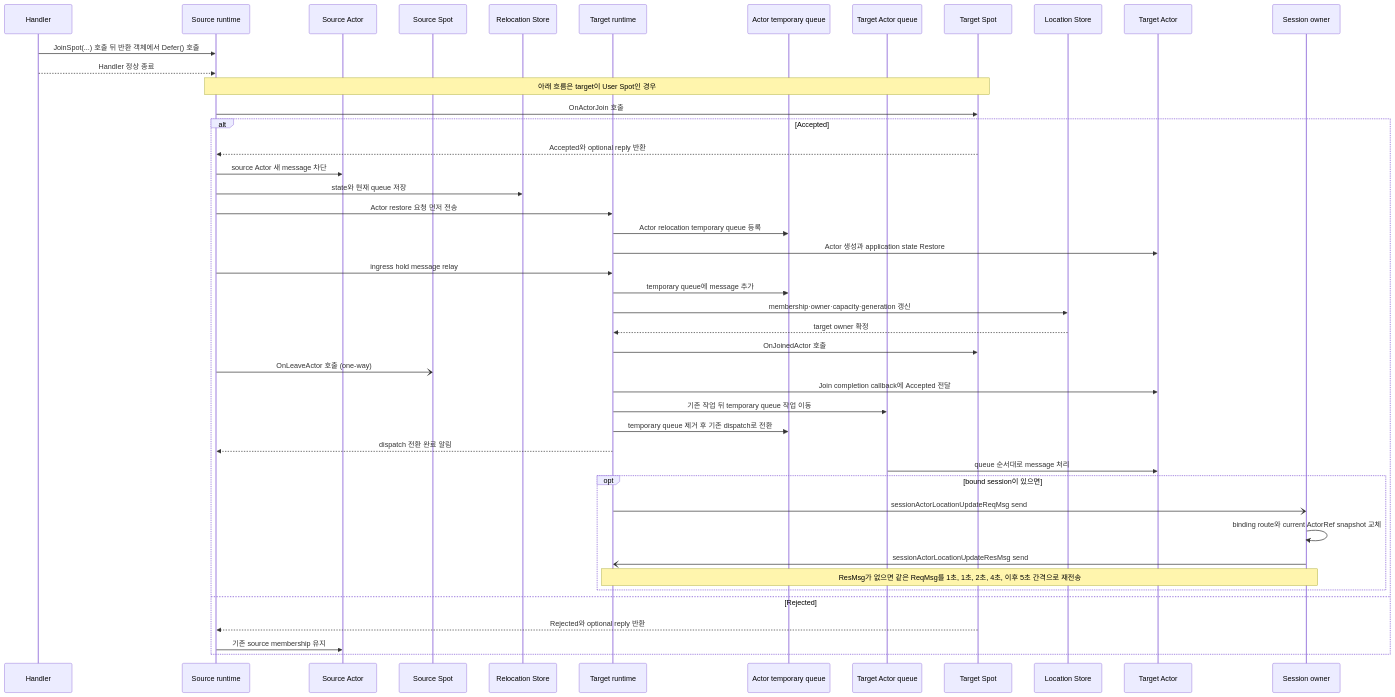
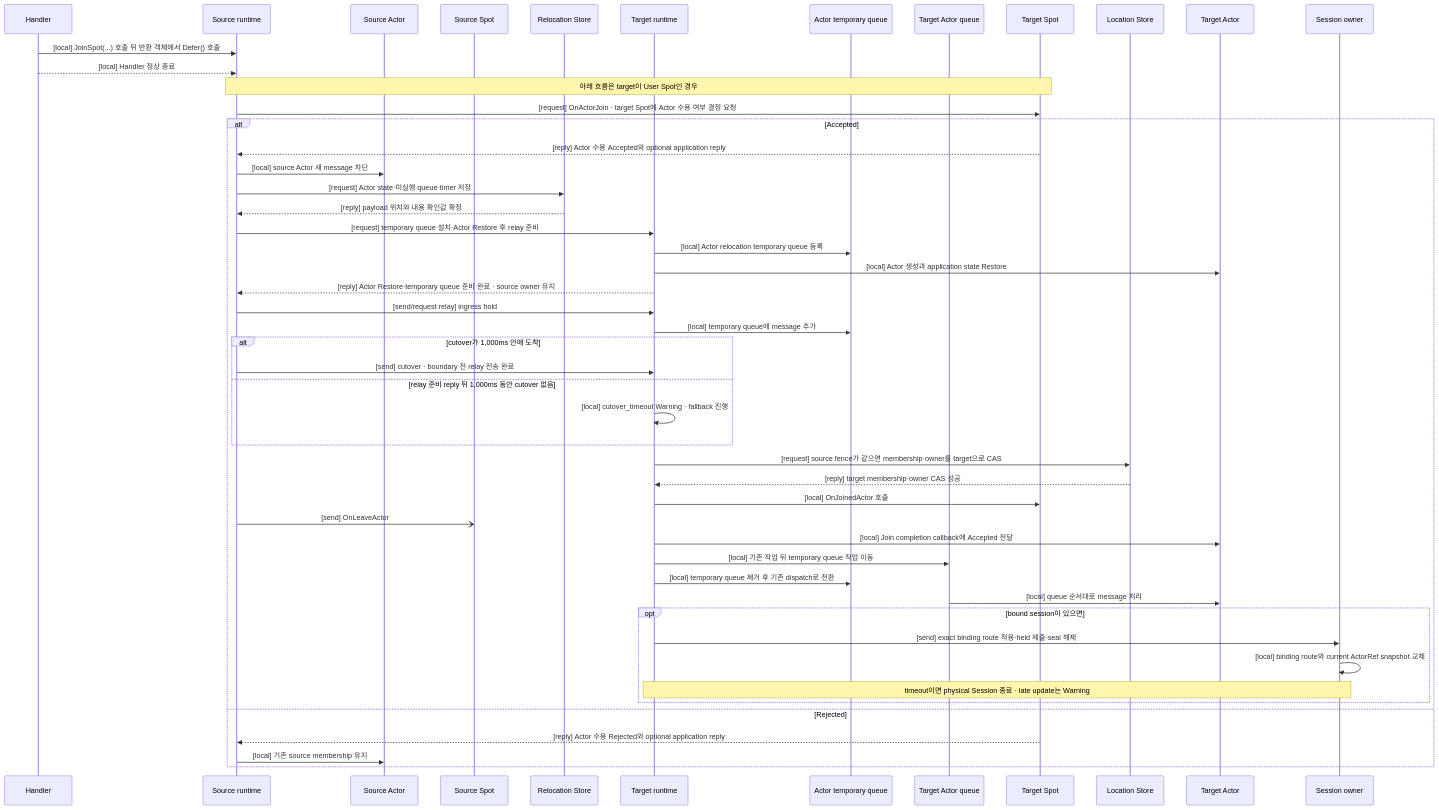
The second of 3 diagrams in framework/doc/framework/common/spec/15-spot-actor.ko.md (zlink-systems/zlink), drawn with Mermaid before and after one commit. The commit also changed other lines of this file and 1642 other files, not shown here.

Commit message:
Implement framework runtime convergence and relocation contracts

````diff
--- a/framework/doc/framework/common/spec/15-spot-actor.ko.md
+++ b/framework/doc/framework/common/spec/15-spot-actor.ko.md
@@ -463,48 +467,53 @@
 ```mermaid
 sequenceDiagram
     participant Handler
     participant SourceRuntime as Source runtime
     participant SourceActor as Source Actor
     participant SourceSpot as Source Spot
     participant RelocationStore as Relocation Store
     participant TargetRuntime as Target runtime
     participant TargetTemp as Actor temporary queue
     participant TargetQueue as Target Actor queue
     participant TargetSpot as Target Spot
     participant LocationStore as Location Store
     participant TargetActor as Target Actor
     participant SessionOwner as Session owner
 
-    Handler->>SourceRuntime: JoinSpot(...) 호출 뒤 반환 객체에서 Defer() 호출
-    Handler-->>SourceRuntime: Handler 정상 종료
+    Handler->>SourceRuntime: [local] JoinSpot(...) 호출 뒤 반환 객체에서 Defer() 호출
+    Handler-->>SourceRuntime: [local] Handler 정상 종료
     Note over SourceRuntime,TargetSpot: 아래 흐름은 target이 User Spot인 경우
-    SourceRuntime->>TargetSpot: OnActorJoin 호출
+    SourceRuntime->>TargetSpot: [request] OnActorJoin · target Spot에 Actor 수용 여부 결정 요청
     alt Accepted
-        TargetSpot-->>SourceRuntime: Accepted와 optional reply 반환
-        SourceRuntime->>SourceActor: source Actor 새 message 차단
-        SourceRuntime->>RelocationStore: state와 현재 queue 저장
-        SourceRuntime->>TargetRuntime: Actor restore 요청 먼저 전송
-        TargetRuntime->>TargetTemp: Actor relocation temporary queue 등록
-        TargetRuntime->>TargetActor: Actor 생성과 application state Restore
-        SourceRuntime->>TargetRuntime: ingress hold message relay
-        TargetRuntime->>TargetTemp: temporary queue에 message 추가
-        TargetRuntime->>LocationStore: membership·owner·capacity·generation 갱신
-        LocationStore-->>TargetRuntime: target owner 확정
-        TargetRuntime->>TargetSpot: OnJoinedActor 호출
-        SourceRuntime-)SourceSpot: OnLeaveActor 호출 (one-way)
-        TargetRuntime->>TargetActor: Join completion callback에 Accepted 전달
-        TargetRuntime->>TargetQueue: 기존 작업 뒤 temporary queue 작업 이동
-        TargetRuntime->>TargetTemp: temporary queue 제거 후 기존 dispatch로 전환
-        TargetRuntime-->>SourceRuntime: dispatch 전환 완료 알림
-        TargetQueue->>TargetActor: queue 순서대로 message 처리
+        TargetSpot-->>SourceRuntime: [reply] Actor 수용 Accepted와 optional application reply
+        SourceRuntime->>SourceActor: [local] source Actor 새 message 차단
+        SourceRuntime->>RelocationStore: [request] Actor state·미실행 queue·timer 저장
+        RelocationStore-->>SourceRuntime: [reply] payload 위치와 내용 확인값 확정
+        SourceRuntime->>TargetRuntime: [request] temporary queue 설치·Actor Restore 후 relay 준비
+        TargetRuntime->>TargetTemp: [local] Actor relocation temporary queue 등록
+        TargetRuntime->>TargetActor: [local] Actor 생성과 application state Restore
+        TargetRuntime-->>SourceRuntime: [reply] Actor Restore·temporary queue 준비 완료 · source owner 유지
+        SourceRuntime->>TargetRuntime: [send/request relay] ingress hold
+        TargetRuntime->>TargetTemp: [local] temporary queue에 message 추가
+        alt cutover가 1,000ms 안에 도착
+            SourceRuntime->>TargetRuntime: [send] cutover · boundary 전 relay 전송 완료
+        else relay 준비 reply 뒤 1,000ms 동안 cutover 없음
+            TargetRuntime->>TargetRuntime: [local] cutover_timeout Warning · fallback 진행
+        end
+        TargetRuntime->>LocationStore: [request] source fence가 같으면 membership·owner를 target으로 CAS
+        LocationStore-->>TargetRuntime: [reply] target membership·owner CAS 성공
+        TargetRuntime->>TargetSpot: [local] OnJoinedActor 호출
+        SourceRuntime-)SourceSpot: [send] OnLeaveActor
+        TargetRuntime->>TargetActor: [local] Join completion callback에 Accepted 전달
+        TargetRuntime->>TargetQueue: [local] 기존 작업 뒤 temporary queue 작업 이동
+        TargetRuntime->>TargetTemp: [local] temporary queue 제거 후 기존 dispatch로 전환
+        TargetQueue->>TargetActor: [local] queue 순서대로 message 처리
         opt bound session이 있으면
-            TargetRuntime-)SessionOwner: sessionActorLocationUpdateReqMsg send
-            SessionOwner->>SessionOwner: binding route와 current ActorRef snapshot 교체
-            SessionOwner-)TargetRuntime: sessionActorLocationUpdateResMsg send
-            Note over TargetRuntime,SessionOwner: ResMsg가 없으면 같은 ReqMsg를 1초, 1초, 2초, 4초, 이후 5초 간격으로 재전송
+            TargetRuntime->>SessionOwner: [send] exact binding route 적용·held 제출·seal 해제
+            SessionOwner->>SessionOwner: [local] binding route와 current ActorRef snapshot 교체
+            Note over TargetRuntime,SessionOwner: timeout이면 physical Session 종료 · late update는 Warning
         end
     else Rejected
-        TargetSpot-->>SourceRuntime: Rejected와 optional reply 반환
-        SourceRuntime->>SourceActor: 기존 source membership 유지
+        TargetSpot-->>SourceRuntime: [reply] Actor 수용 Rejected와 optional application reply
+        SourceRuntime->>SourceActor: [local] 기존 source membership 유지
     end
 ```
````
